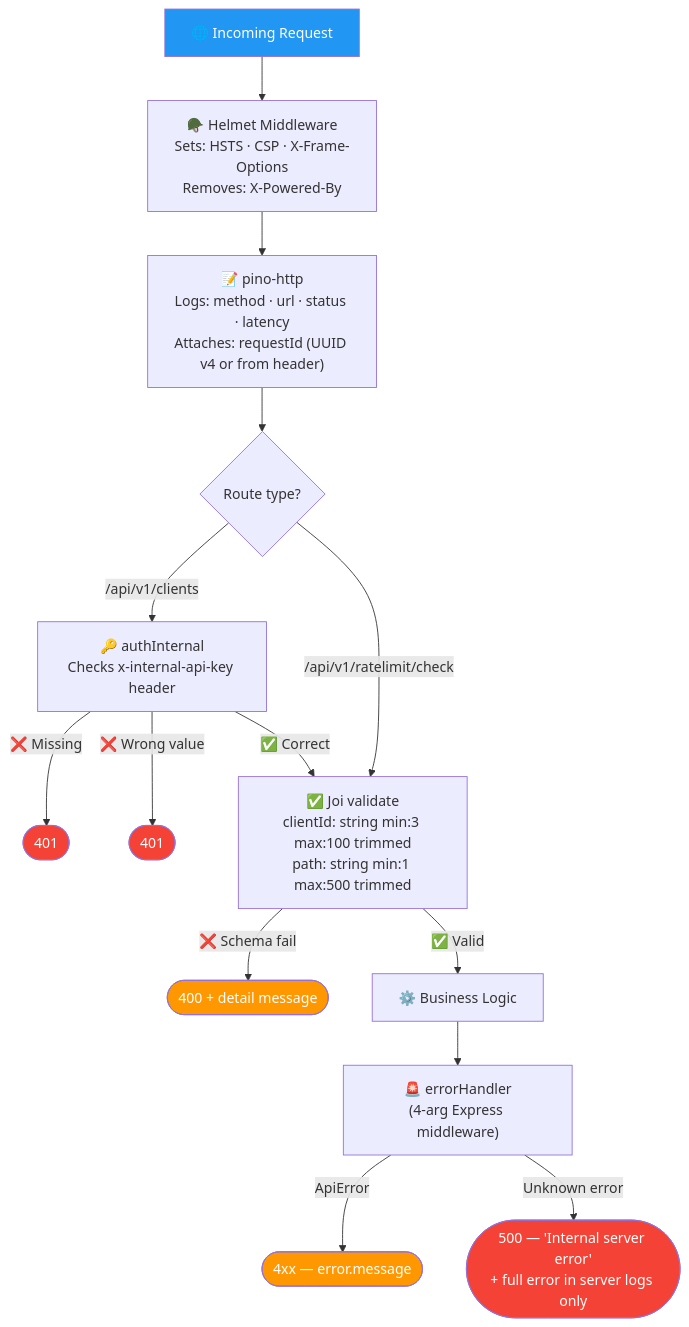
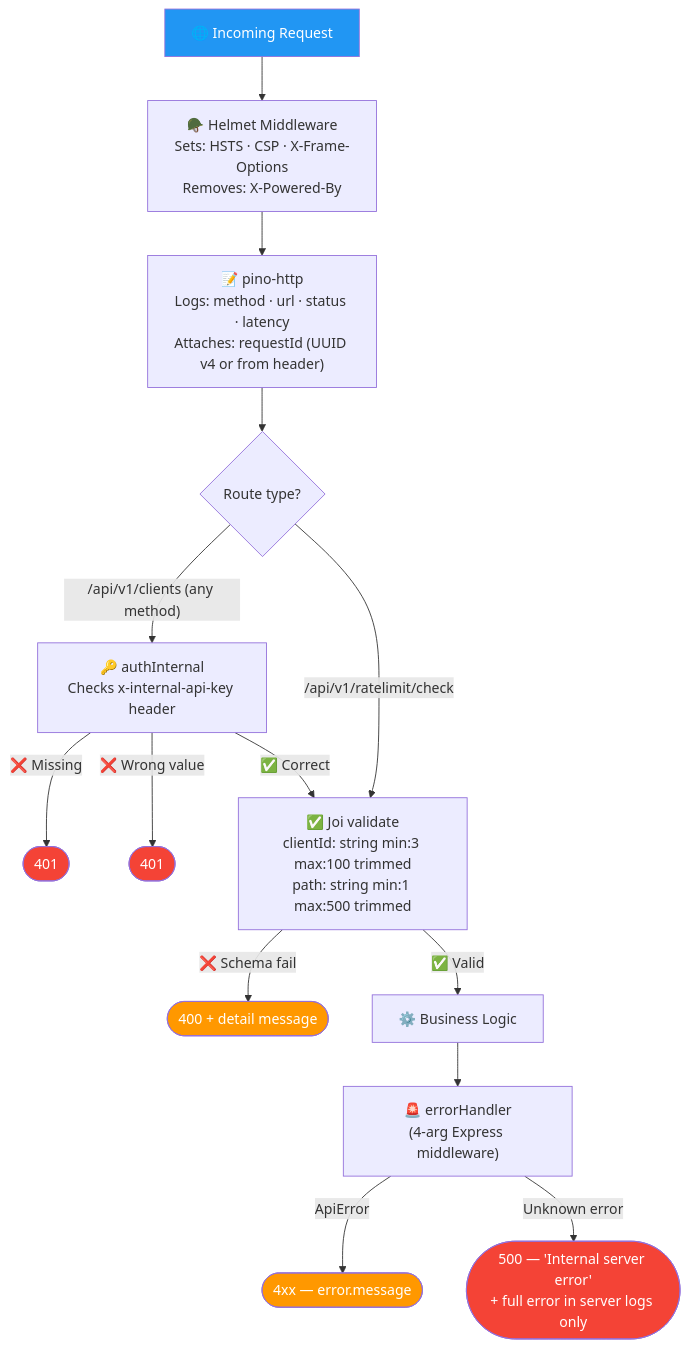
Before and after one commit to ramalokeshreddyp/RateGuard: diagram 12 of 17 in ARCHITECTURE.md, drawn with Mermaid. The commit also changed other lines of this file and 2 other files, not shown here.

Commit message:
docs: comprehensive rewrite of README, ARCHITECTURE, and projectdocumentation (v2.0) - 43 tests, GET /clients/:id, X-RateLimit-* headers, BCRYPT_ROUNDS, ioredis-mock, .dockerignore

````diff
--- a/ARCHITECTURE.md
+++ b/ARCHITECTURE.md
@@ -486,26 +535,26 @@
 ```mermaid
 flowchart TD
     R["🌐 Incoming Request"] --> H["🪖 Helmet Middleware\nSets: HSTS · CSP · X-Frame-Options\nRemoves: X-Powered-By"]
     H --> L["📝 pino-http\nLogs: method · url · status · latency\nAttaches: requestId (UUID v4 or from header)"]
     L --> RT{Route type?}
 
-    RT -->|"/api/v1/clients"| A1["🔑 authInternal\nChecks x-internal-api-key header"]
+    RT -->|"/api/v1/clients (any method)"| A1["🔑 authInternal\nChecks x-internal-api-key header"]
     A1 -->|"❌ Missing"| E401A(["401"])
     A1 -->|"❌ Wrong value"| E401B(["401"])
     A1 -->|"✅ Correct"| V1
 
     RT -->|"/api/v1/ratelimit/check"| V1["✅ Joi validate\nclientId: string min:3 max:100 trimmed\npath: string min:1 max:500 trimmed"]
     V1 -->|"❌ Schema fail"| E400(["400 + detail message"])
     V1 -->|"✅ Valid"| BL["⚙️ Business Logic"]
 
     BL --> EH["🚨 errorHandler\n(4-arg Express middleware)"]
     EH -->|"ApiError"| EN(["4xx — error.message"])
     EH -->|"Unknown error"| E500(["500 — 'Internal server error'\n+ full error in server logs only"])
 
     style R fill:#2196F3,color:#fff
     style E401A fill:#f44336,color:#fff
     style E401B fill:#f44336,color:#fff
     style E400 fill:#FF9800,color:#fff
     style EN fill:#FF9800,color:#fff
     style E500 fill:#f44336,color:#fff
 ```
````
